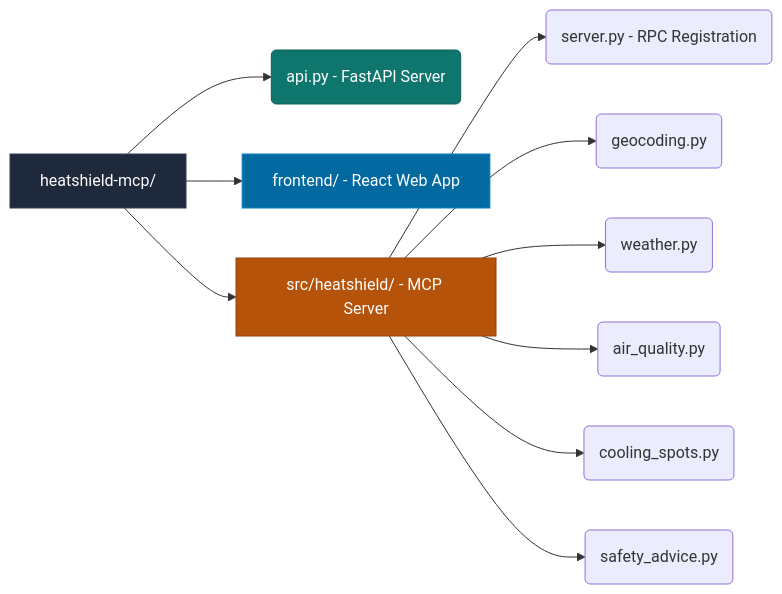
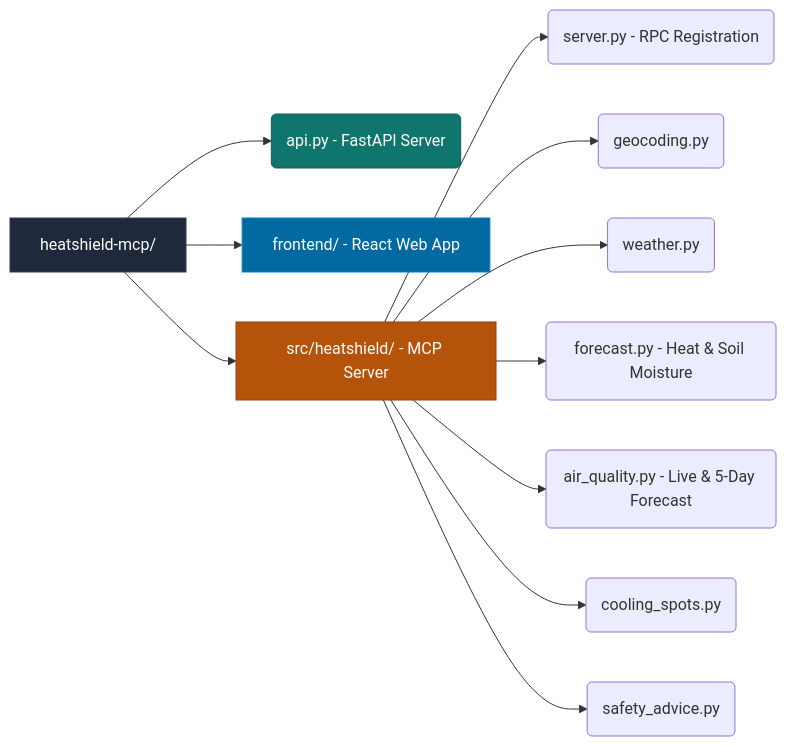
One commit to AscilCH/heatshield-mcp changed the third of 3 diagrams in ARCHITECTURE.md. Above: the diagram before and after it, drawn with Mermaid. The commit also changed other lines of this file, not shown here.

Commit message:
Docs: Updated architecture diagram with React data flows, geolocation context, and multi-modal predictive forecasting APIs.

````diff
--- a/ARCHITECTURE.md
+++ b/ARCHITECTURE.md
@@ -64,18 +83,19 @@
 ```mermaid
 graph LR
     Root[heatshield-mcp/] --> BE(api.py - FastAPI Server)
     Root --> FE[frontend/ - React Web App]
     Root --> MCP[src/heatshield/ - MCP Server]
     
     MCP --> S(server.py - RPC Registration)
     MCP --> G(geocoding.py)
     MCP --> W(weather.py)
-    MCP --> AQ(air_quality.py)
+    MCP --> F(forecast.py - Heat & Soil Moisture)
+    MCP --> AQ(air_quality.py - Live & 5-Day Forecast)
     MCP --> CS(cooling_spots.py)
     MCP --> SA(safety_advice.py)
     
     style Root fill:#1e293b,stroke:#334155,color:#fff
     style BE fill:#0f766e,stroke:#115e59,color:#fff
     style FE fill:#0369a1,stroke:#0284c7,color:#fff
     style MCP fill:#b45309,stroke:#92400e,color:#fff
 ```
````
